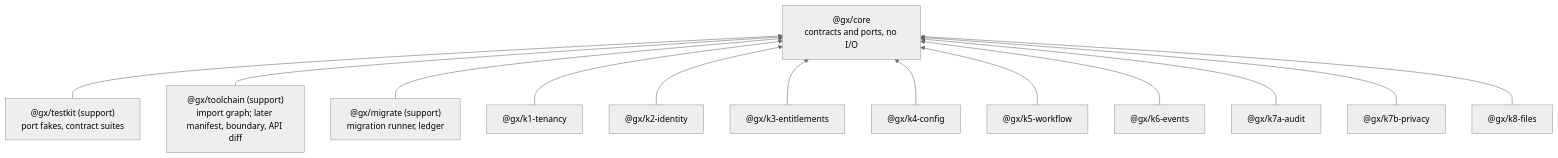
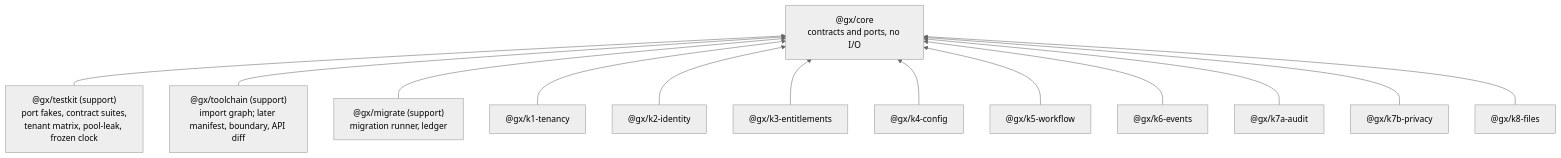
One commit to AadarshMishraa/epc_dashboard changed the fifth of 5 diagrams in docs/architecture/system-design.md. Above: the diagram before and after it, drawn with Mermaid (neutral theme). The commit also changed other lines of this file and 34 other files, not shown here.

````diff
--- a/docs/architecture/system-design.md
+++ b/docs/architecture/system-design.md
@@ -83,16 +83,16 @@
 ```mermaid
 flowchart BT
   core["@gx/core<br/>contracts and ports, no I/O"]
-  testkit["@gx/testkit (support)<br/>port fakes, contract suites"] --> core
+  testkit["@gx/testkit (support)<br/>port fakes, contract suites,<br/>tenant matrix, pool-leak, frozen clock"] --> core
   toolchain["@gx/toolchain (support)<br/>import graph; later manifest, boundary, API diff"] --> core
   migrate["@gx/migrate (support)<br/>migration runner, ledger"] --> core
   k1["@gx/k1-tenancy"] --> core
   k2["@gx/k2-identity"] --> core
   k3["@gx/k3-entitlements"] --> core
   k4["@gx/k4-config"] --> core
   k5["@gx/k5-workflow"] --> core
   k6["@gx/k6-events"] --> core
   k7a["@gx/k7a-audit"] --> core
   k7b["@gx/k7b-privacy"] --> core
   k8["@gx/k8-files"] --> core
 ```
````
